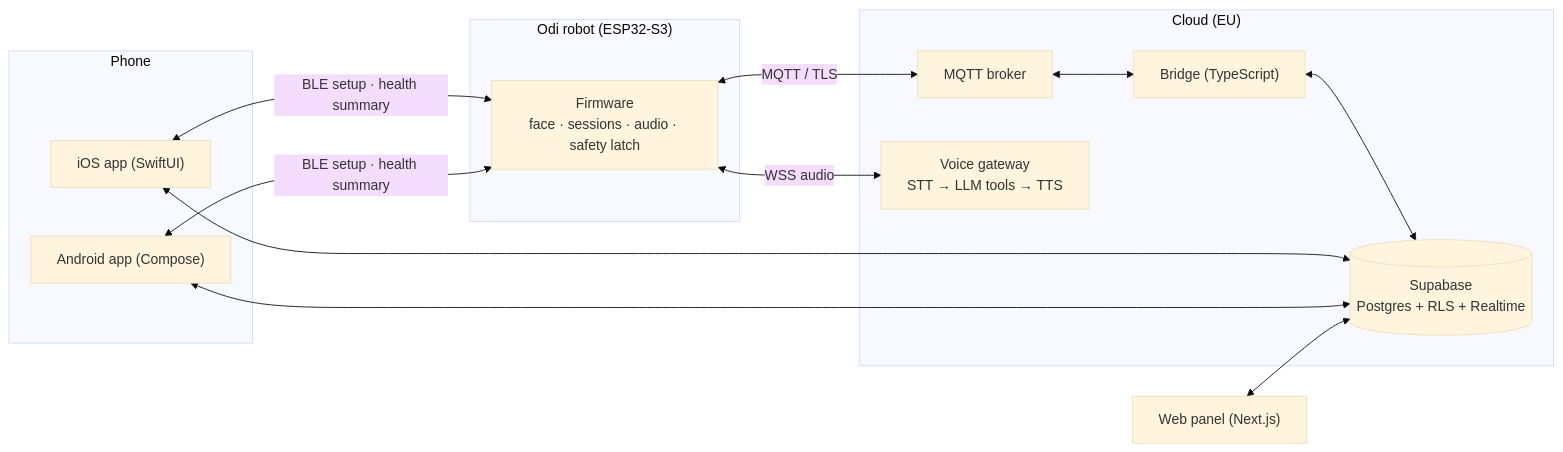
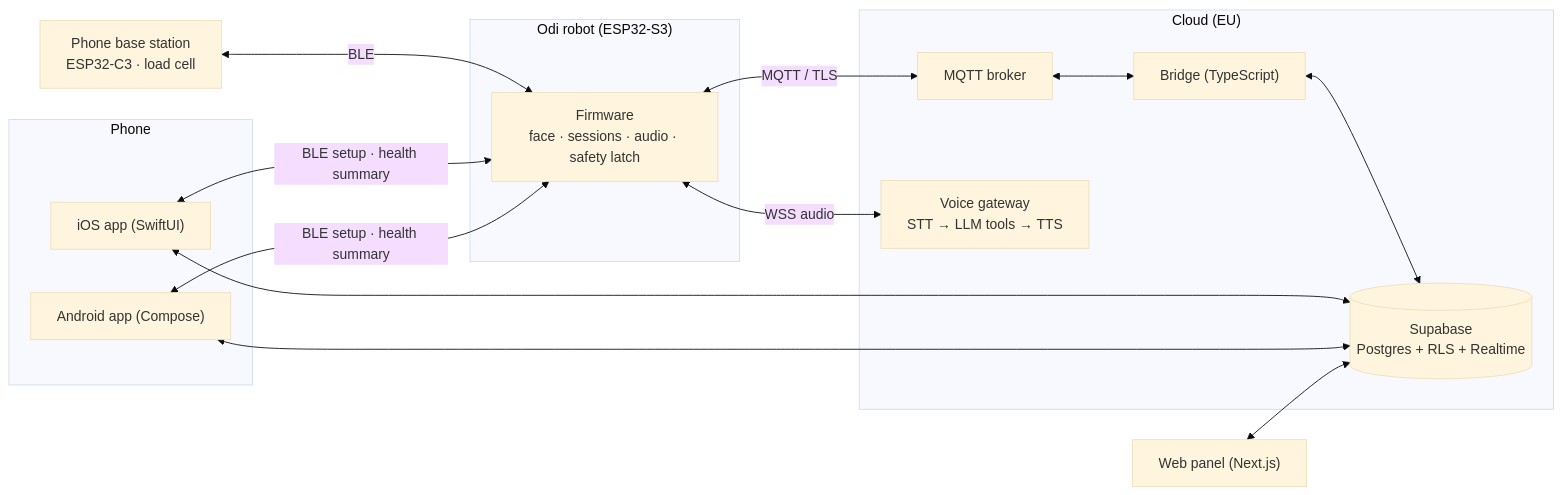
Before and after one commit to alicyln1/odi-desk-robot: the diagram in README.md, drawn with Mermaid (base theme). The commit also changed other lines of this file and 5 other files, not shown here.

Commit message:
Add phone base station, OTA updates and per-device X.509 identity

````diff
--- a/README.md
+++ b/README.md
@@ -120,26 +135,27 @@
 ```mermaid
 flowchart LR
   subgraph Robot["Odi robot (ESP32-S3)"]
     FW["Firmware<br/>face · sessions · audio · safety latch"]
   end
   subgraph Phone["Phone"]
     IOS["iOS app (SwiftUI)"]
     AND["Android app (Compose)"]
   end
   subgraph Cloud["Cloud (EU)"]
     MQ["MQTT broker"]
     BR["Bridge (TypeScript)"]
     DB[("Supabase<br/>Postgres + RLS + Realtime")]
     VG["Voice gateway<br/>STT → LLM tools → TTS"]
   end
   WEB["Web panel (Next.js)"]
   FW <-->|"MQTT / TLS"| MQ
   MQ <--> BR
   BR <--> DB
   FW <-->|"WSS audio"| VG
+  ST["Phone base station<br/>ESP32-C3 · load cell"] <-->|"BLE"| FW
   IOS <-->|"BLE setup · health summary"| FW
   AND <-->|"BLE setup · health summary"| FW
   IOS <--> DB
   AND <--> DB
   WEB <--> DB
 ```
````
